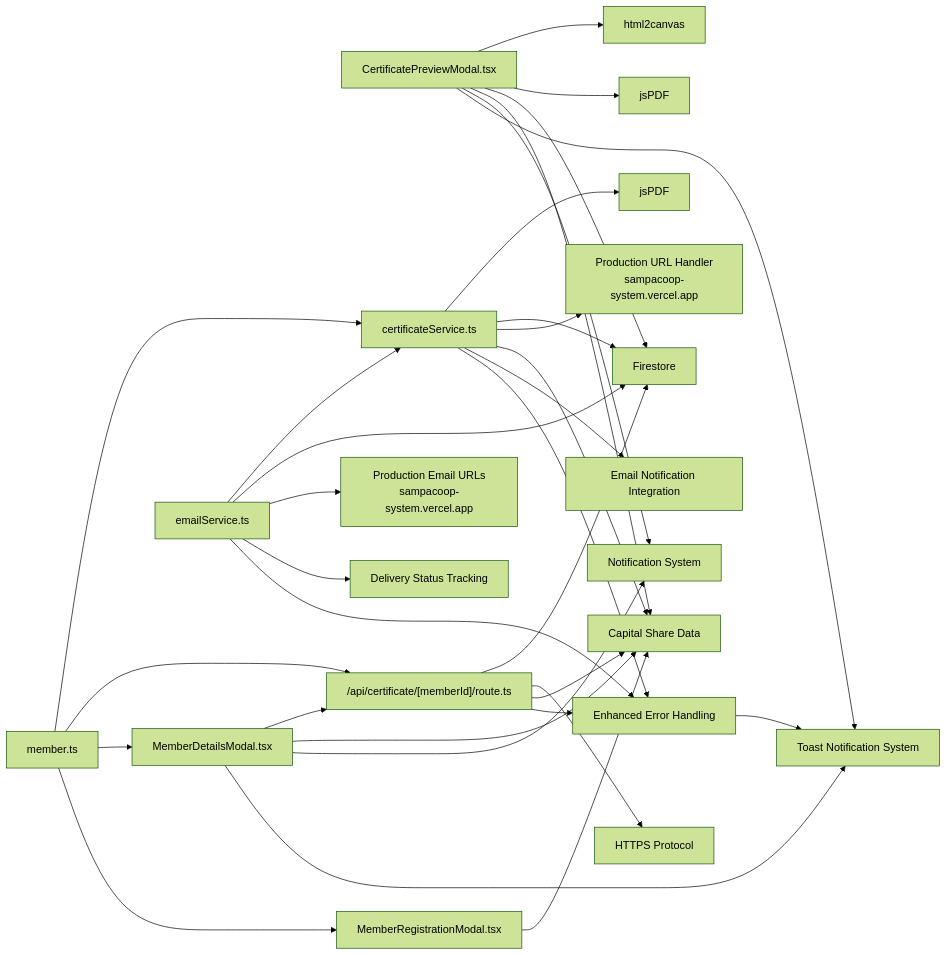
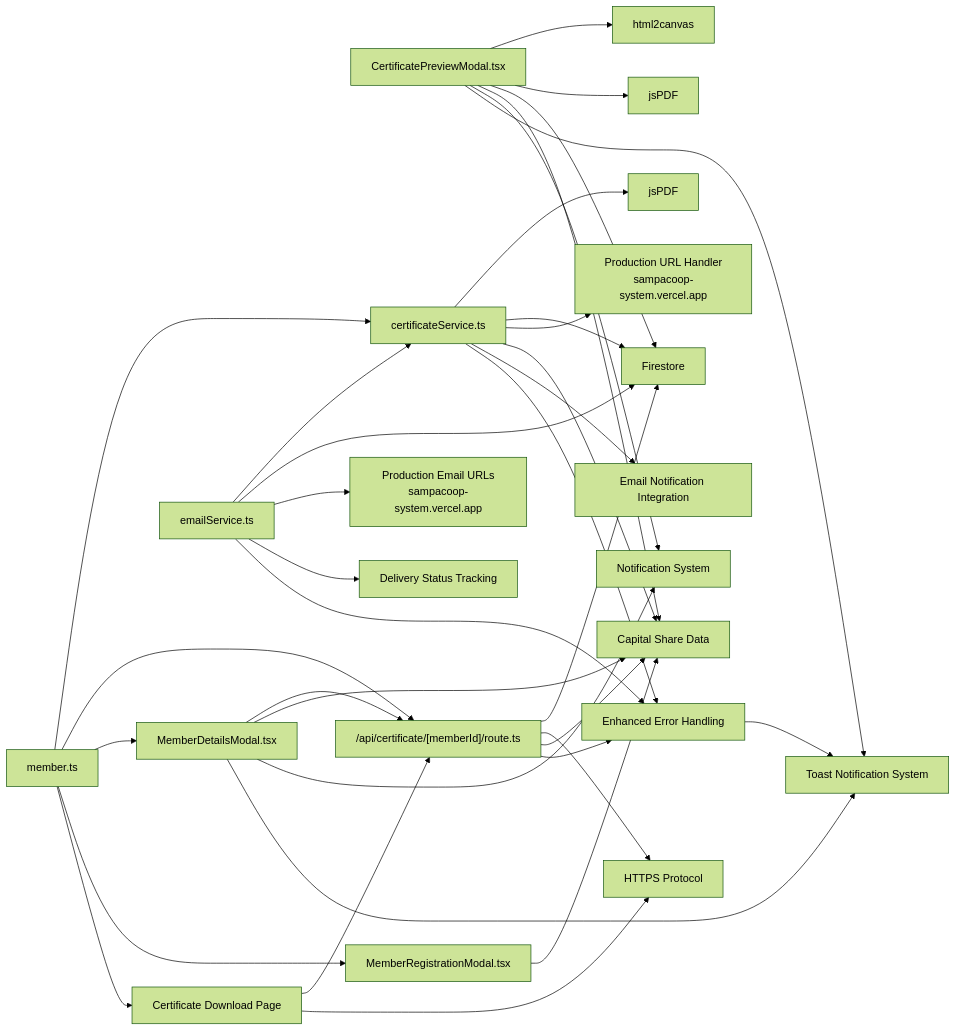
One commit to Unsure-bry/sampacoop_system changed the seventh of 7 diagrams in .qoder/repowiki/en/content/Email & Notification System/Certificate Generation System.md. Above: the diagram before and after it, drawn with Mermaid (forest theme). The commit also changed other lines of this file and 11 other files, not shown here.

````diff
--- a/.qoder/repowiki/en/content/Email & Notification System/Certificate Generation System.md
+++ b/.qoder/repowiki/en/content/Email & Notification System/Certificate Generation System.md
@@ -778,34 +795,37 @@
 ```mermaid
 graph LR
 Preview["CertificatePreviewModal.tsx"] --> HTML2["html2canvas"]
 Preview --> JSPDF["jsPDF"]
 Preview --> FS["Firestore"]
 Preview --> CapitalShare["Capital Share Data"]
 Preview --> Notifications["Notification System"]
 Preview --> Toast["Toast Notification System"]
 Service["certificateService.ts"] --> JS["jsPDF"]
 Service --> FS
 Service --> ProdURL["Production URL Handler<br/>sampacoop-system.vercel.app"]
 Service --> CapitalShare
 Service --> EmailIntegration["Email Notification Integration"]
 Service --> ErrorHandler["Enhanced Error Handling"]
 API["/api/certificate/[memberId]/route.ts"] --> FS
 API --> HTTPS["HTTPS Protocol"]
 API --> CapitalShare
 API --> ErrorHandler
 MemberDetails["MemberDetailsModal.tsx"] --> API
 MemberDetails --> CapitalShare
 MemberDetails --> Notifications
 MemberDetails --> Toast
 MemberRegistration["MemberRegistrationModal.tsx"] --> CapitalShare
 Email["emailService.ts"] --> Service
 Email --> FS
 Email --> ProdEmail["Production Email URLs<br/>sampacoop-system.vercel.app"]
 Email --> StatusTracking["Delivery Status Tracking"]
 Email --> ErrorHandler
+DownloadPage["Certificate Download Page"] --> API
+DownloadPage --> HTTPS
 Types["member.ts"] --> Service
 Types --> API
 Types --> MemberDetails
 Types --> MemberRegistration
+Types --> DownloadPage
 ErrorHandler --> Toast
 ```
````
